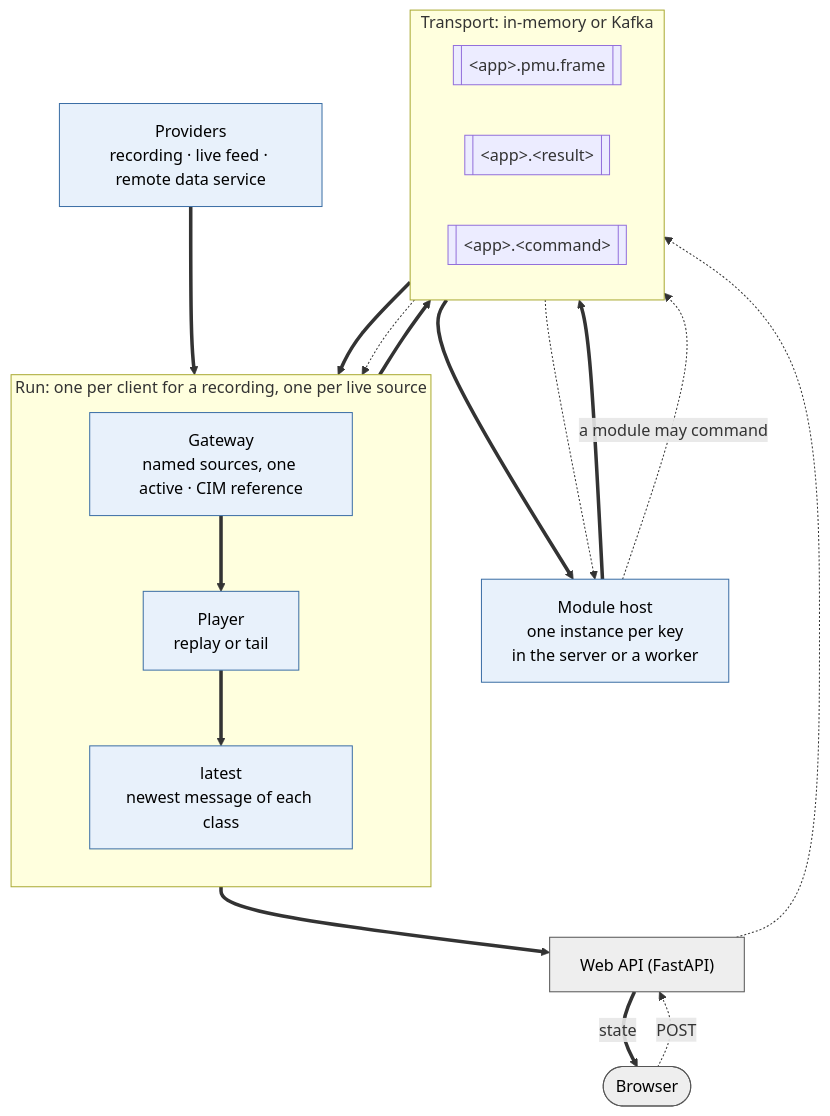
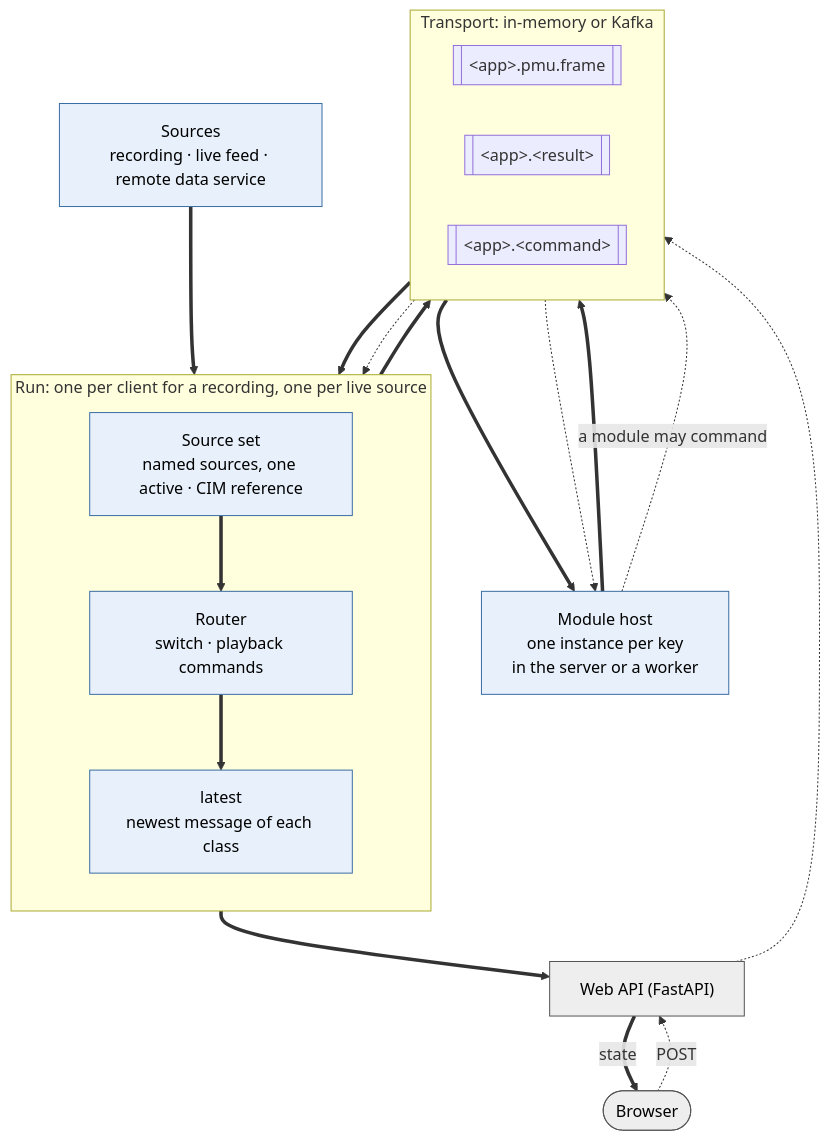
One commit to p-swamp/p-SWAMP changed the diagram in doc/server-data-architecture.md. Above: the diagram before and after it, drawn with Mermaid. The commit also changed other lines of this file and 46 other files, not shown here.

First line of the commit message:
chore(core): remove Player, DataGateway, DataClient and legacy/pswamp-wiring

````diff
--- a/doc/server-data-architecture.md
+++ b/doc/server-data-architecture.md
@@ -78,30 +79,30 @@
 ```mermaid
 flowchart TB
     classDef data fill:#e8f1fb,stroke:#3b6ea5,color:#000
     classDef web fill:#eeeeee,stroke:#555,color:#000
 
-    sources["Providers<br/>recording · live feed · remote data service"]:::data
+    sources["Sources<br/>recording · live feed · remote data service"]:::data
     subgraph run["Run: one per client for a recording, one per live source"]
         direction TB
-        gw["Gateway<br/>named sources, one active · CIM reference"]:::data
-        player["Player<br/>replay or tail"]:::data
+        gw["Source set<br/>named sources, one active · CIM reference"]:::data
+        player["Router<br/>switch · playback commands"]:::data
         latest["latest<br/>newest message of each class"]:::data
     end
     subgraph transport["Transport: in-memory or Kafka"]
         direction LR
         frames[["&lt;app&gt;.pmu.frame"]]
         results[["&lt;app&gt;.&lt;result&gt;"]]
         commands[["&lt;app&gt;.&lt;command&gt;"]]
     end
     host["Module host<br/>one instance per key<br/>in the server or a worker"]:::data
     api["Web API (FastAPI)"]:::web
     browser(["Browser"]):::web
 
     sources ==> gw ==> player ==> frames ==> host ==> results ==> latest
     player ==> latest ==> api ==>|"state"| browser
 
     browser -.->|"POST"| api -.-> commands
     host -.->|"a module may command"| commands
     commands -.-> player
     commands -.-> host
 ```
````
